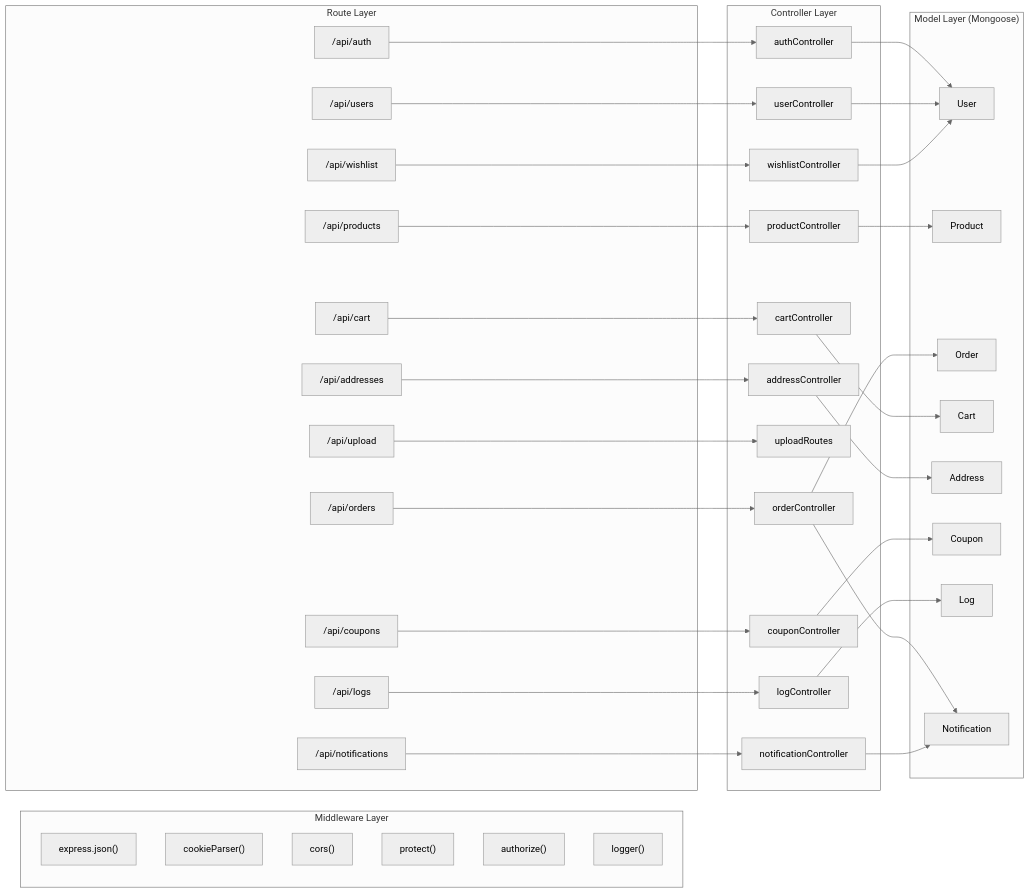
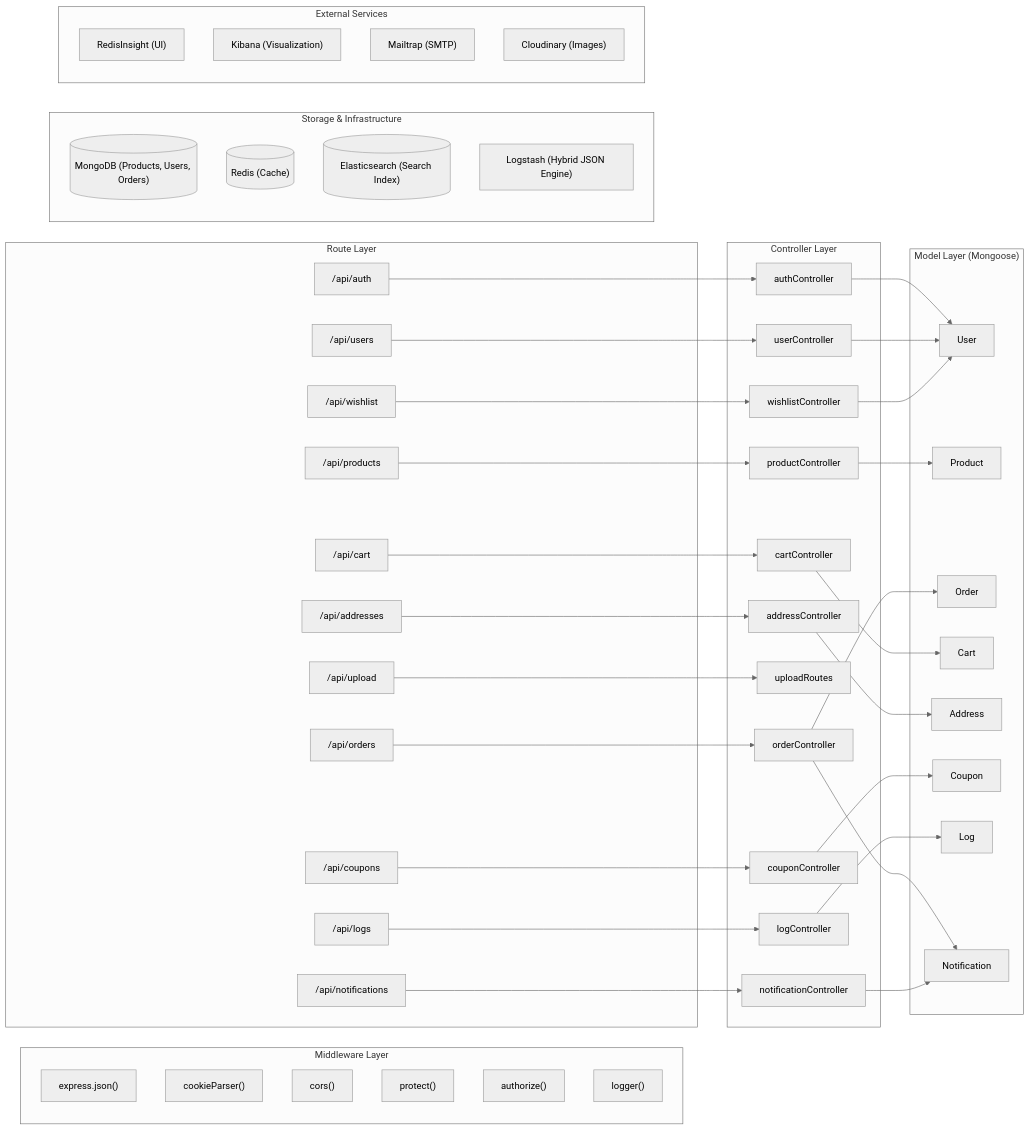
The second of 11 diagrams in architecture_diagrams.md (Narendrakaduru/QuickCart), drawn with Mermaid (neutral theme) before and after one commit. The commit also changed other lines of this file and 12 other files, not shown here.

Commit message:
feat: Integrate ELK stack for centralized logging, search, and monitoring, including product data synchronization to Elasticsearch.

```diff
--- a/architecture_diagrams.md
+++ b/architecture_diagrams.md
@@ -91,6 +97,20 @@
         M8["Notification"]
     end
 
+    subgraph "Storage & Infrastructure"
+        MongoDB[("MongoDB (Products, Users, Orders)")]
+        Redis[("Redis (Cache)")]
+        Elasticsearch[("Elasticsearch (Search Index)")]
+        Logstash["Logstash (Hybrid JSON Engine)"]
+    end
+
+    subgraph "External Services"
+        RedisInsight["RedisInsight (UI)"]
+        Kibana["Kibana (Visualization)"]
+        Mailtrap["Mailtrap (SMTP)"]
+        Cloudinary["Cloudinary (Images)"]
+    end
+
     R1 --> C1
     R2 --> C2
     R3 --> C3
```
